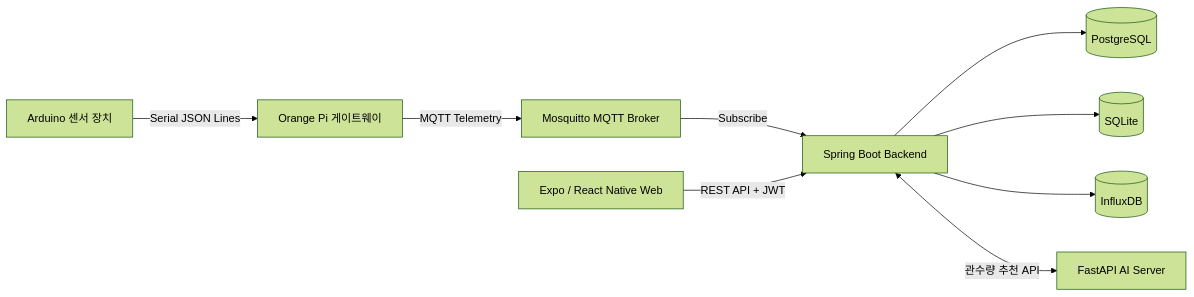
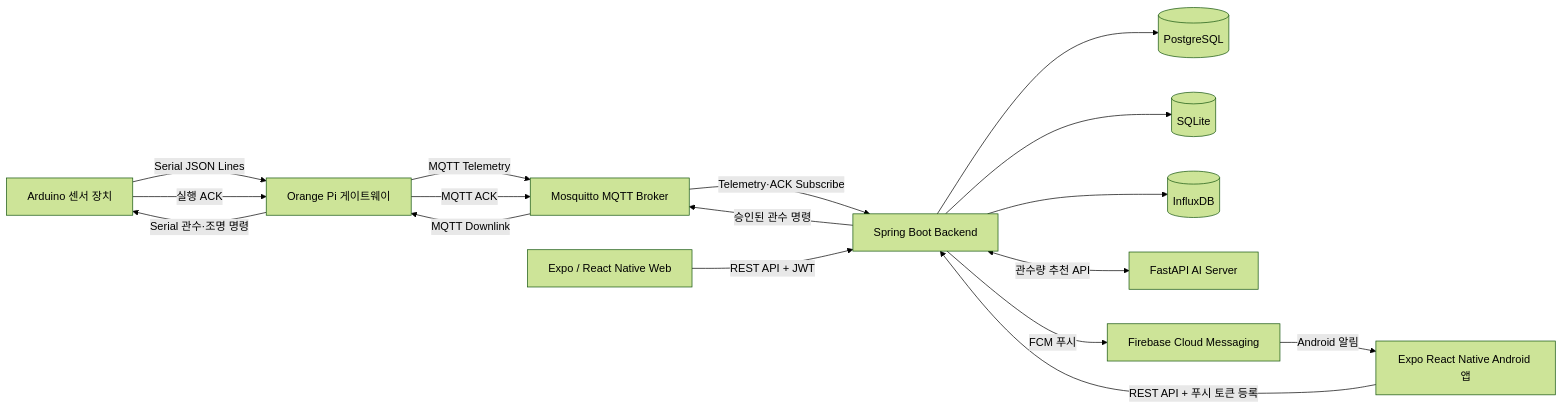
One commit to 7hyunii/pnuai-b-02-terrabyte changed the first of 3 diagrams in README.md. Above: the diagram before and after it, drawn with Mermaid (forest theme). The commit also changed other lines of this file and 1 other file, not shown here.

````diff
--- a/README.md
+++ b/README.md
@@ -76,11 +77,19 @@
 ```mermaid
 flowchart LR
     Sensor[Arduino 센서 장치] -->|Serial JSON Lines| Edge[Orange Pi 게이트웨이]
     Edge -->|MQTT Telemetry| Broker[Mosquitto MQTT Broker]
-    Broker -->|Subscribe| Backend[Spring Boot Backend]
+    Broker -->|Telemetry·ACK Subscribe| Backend[Spring Boot Backend]
+    Backend -->|승인된 관수 명령| Broker
+    Broker -->|MQTT Downlink| Edge
+    Edge -->|Serial 관수·조명 명령| Sensor
+    Sensor -->|실행 ACK| Edge
+    Edge -->|MQTT ACK| Broker
     Frontend[Expo / React Native Web] -->|REST API + JWT| Backend
+    Mobile[Expo React Native Android 앱] -->|REST API + 푸시 토큰 등록| Backend
     Backend --> PostgreSQL[(PostgreSQL)]
     Backend --> SQLite[(SQLite)]
     Backend --> InfluxDB[(InfluxDB)]
     Backend <-->|관수량 추천 API| AiServer[FastAPI AI Server]
+    Backend -->|FCM 푸시| Firebase[Firebase Cloud Messaging]
+    Firebase -->|Android 알림| Mobile
 ```
````
